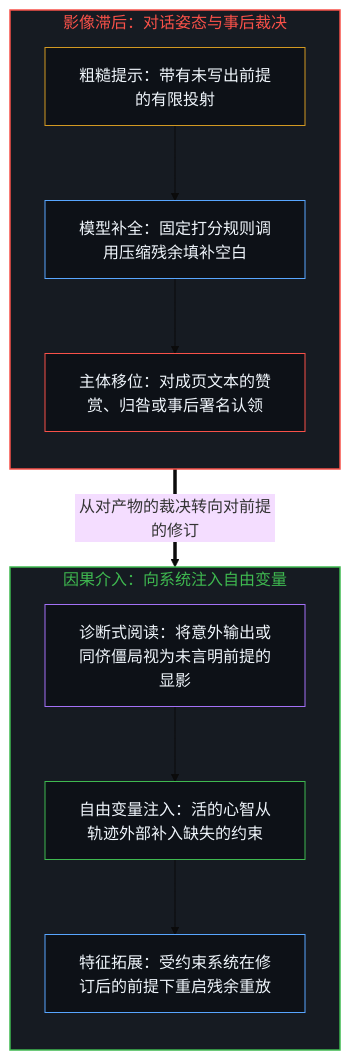
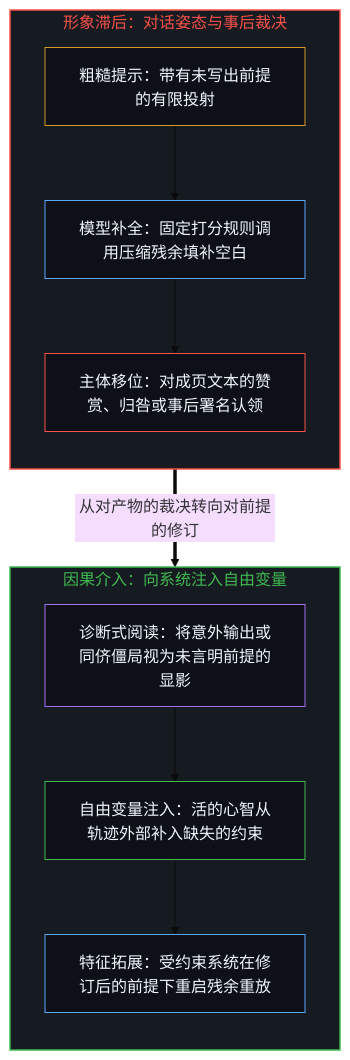
Before and after one commit to powerpig99/not-a-toe: the first of 2 diagrams in content/posts/the-residue-and-the-free-variable.md, drawn with Mermaid (base theme). The commit also changed other lines of this file and 13 other files, not shown here.

````diff
--- a/content/posts/the-residue-and-the-free-variable.md
+++ b/content/posts/the-residue-and-the-free-variable.md
@@ -31,26 +31,26 @@
 ```mermaid
 flowchart TD
-    subgraph S_Posture["影像滞后：对话姿态与事后裁决"]
+    subgraph S_Posture["形象滞后：对话姿态与事后裁决"]
         direction TB
         P_Prompt["粗糙提示：带有未写出前提的有限投射"]
         P_Fill["模型补全：固定打分规则调用压缩残余填补空白"]
         P_Verdict["主体移位：对成页文本的赞赏、归咎或事后署名认领"]
         P_Prompt --> P_Fill --> P_Verdict
     end
     subgraph S_FreeVar["因果介入：向系统注入自由变量"]
         direction TB
         F_Read["诊断式阅读：将意外输出或同侪僵局视为未言明前提的显影"]
         F_Inject["自由变量注入：活的心智从轨迹外部补入缺失的约束"]
         F_Enlarge["特征拓展：受约束系统在修订后的前提下重启残余重放"]
         F_Read --> F_Inject --> F_Enlarge
     end
     P_Fill ==>|"从对产物的裁决转向对前提的修订"| F_Read
     style S_Posture fill:#161b22,stroke:#f85149,stroke-width:1.5px,color:#f85149
     style S_FreeVar fill:#161b22,stroke:#3fb950,stroke-width:1.5px,color:#3fb950
     style P_Prompt fill:#0d1117,stroke:#d29922,stroke-width:1px,color:#f0f6fc
     style P_Fill fill:#0d1117,stroke:#58a6ff,stroke-width:1px,color:#f0f6fc
     style P_Verdict fill:#0d1117,stroke:#f85149,stroke-width:1px,color:#f0f6fc
     style F_Read fill:#0d1117,stroke:#a371f7,stroke-width:1px,color:#f0f6fc
     style F_Inject fill:#0d1117,stroke:#3fb950,stroke-width:1px,color:#f0f6fc
     style F_Enlarge fill:#0d1117,stroke:#58a6ff,stroke-width:1px,color:#f0f6fc
 ```
````
